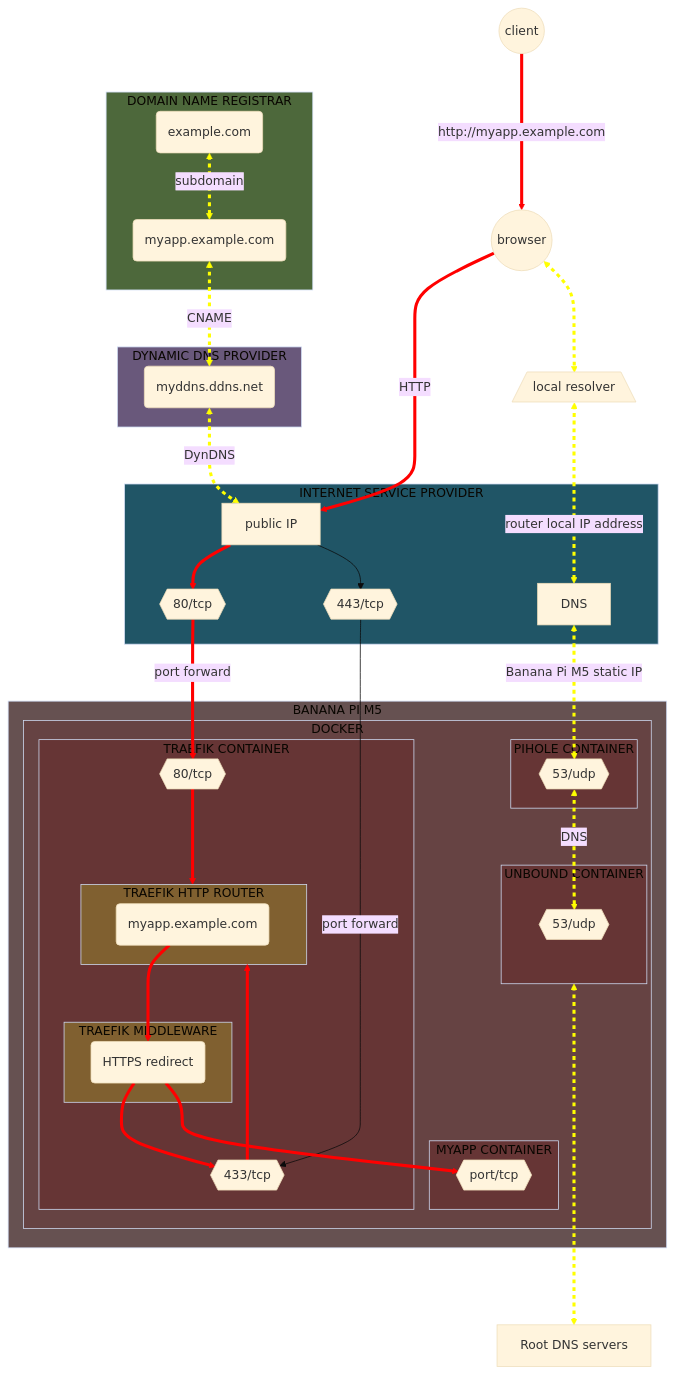
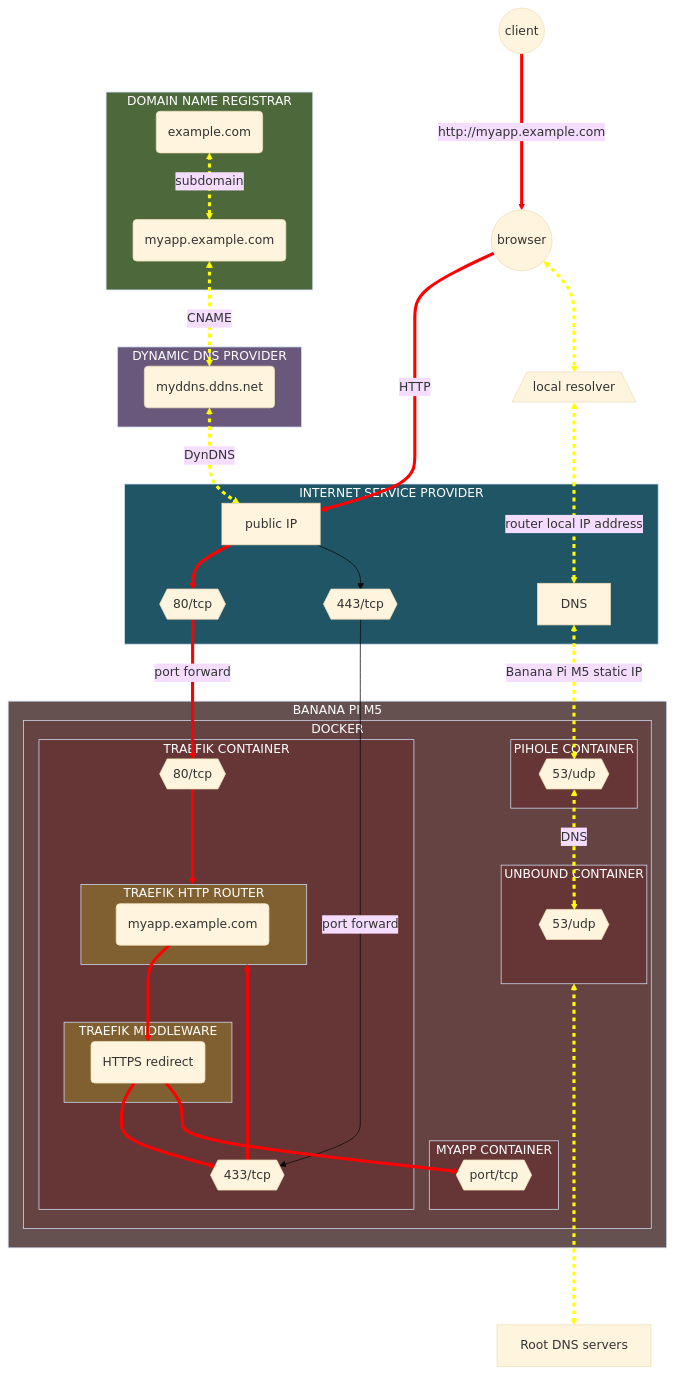
The seventh of 19 diagrams in README.md (Yann39/self-hosted), drawn with Mermaid (base theme) before and after one commit. The commit also changed other lines of this file, not shown here.

Commit message:
force white text on dark background on every mermaid diagram, so it is readable in light mode

````diff
--- a/README.md
+++ b/README.md
@@ -2159,16 +2159,16 @@
 ```mermaid
 flowchart TB
-    style HOSTING_PROVIDER fill: #4d683b
-    style DDNS_PROVIDER fill: #69587b
-    style INTERNET_SERVICE_PROVIDER fill: #205566
-    style SINGLE_BOARD_COMPUTER fill: #665151
-    style CONTAINER_ENGINE fill: #664343
-    style TRAEFIK_CONTAINER fill: #663535
-    style PIHOLE_CONTAINER fill: #663535
-    style UNBOUND_CONTAINER fill: #663535
-    style MYAPP_CONTAINER fill: #663535
-    style TRAEFIK_ROUTER fill: #806030
-    style TRAEFIK_MIDDLEWARE fill: #806030
+    style HOSTING_PROVIDER fill:#4d683b,color:#fff
+    style DDNS_PROVIDER fill:#69587b,color:#fff
+    style INTERNET_SERVICE_PROVIDER fill:#205566,color:#fff
+    style SINGLE_BOARD_COMPUTER fill:#665151,color:#fff
+    style CONTAINER_ENGINE fill:#664343,color:#fff
+    style TRAEFIK_CONTAINER fill:#663535,color:#fff
+    style PIHOLE_CONTAINER fill:#663535,color:#fff
+    style UNBOUND_CONTAINER fill:#663535,color:#fff
+    style MYAPP_CONTAINER fill:#663535,color:#fff
+    style TRAEFIK_ROUTER fill:#806030,color:#fff
+    style TRAEFIK_MIDDLEWARE fill:#806030,color:#fff
     DOMAIN(example.com)
     SUBDOMAIN_MYAPP(myapp.example.com)
     DDNS(myddns.ddns.net)
````
